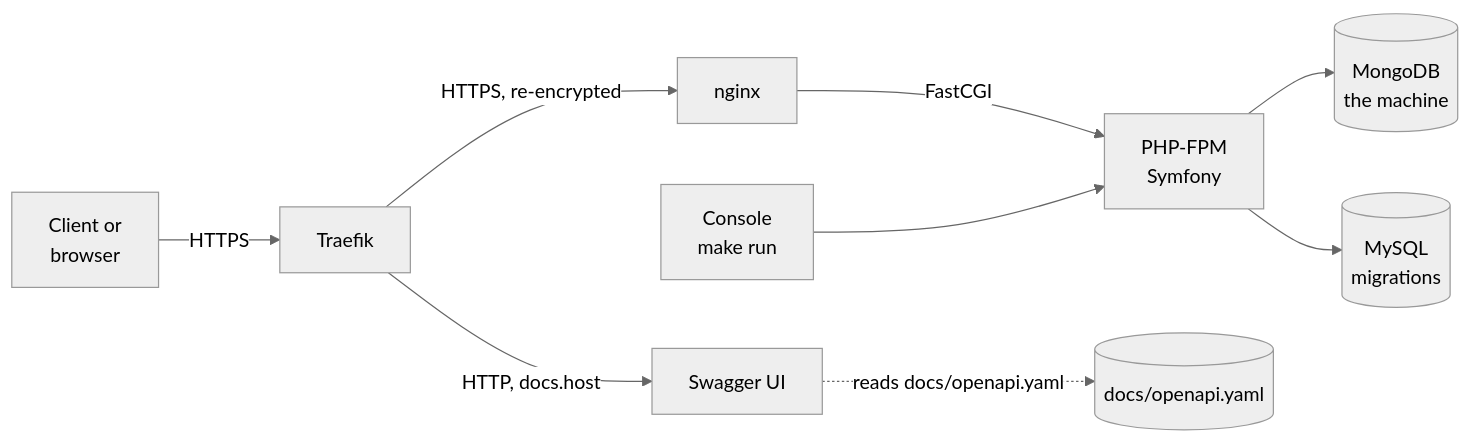
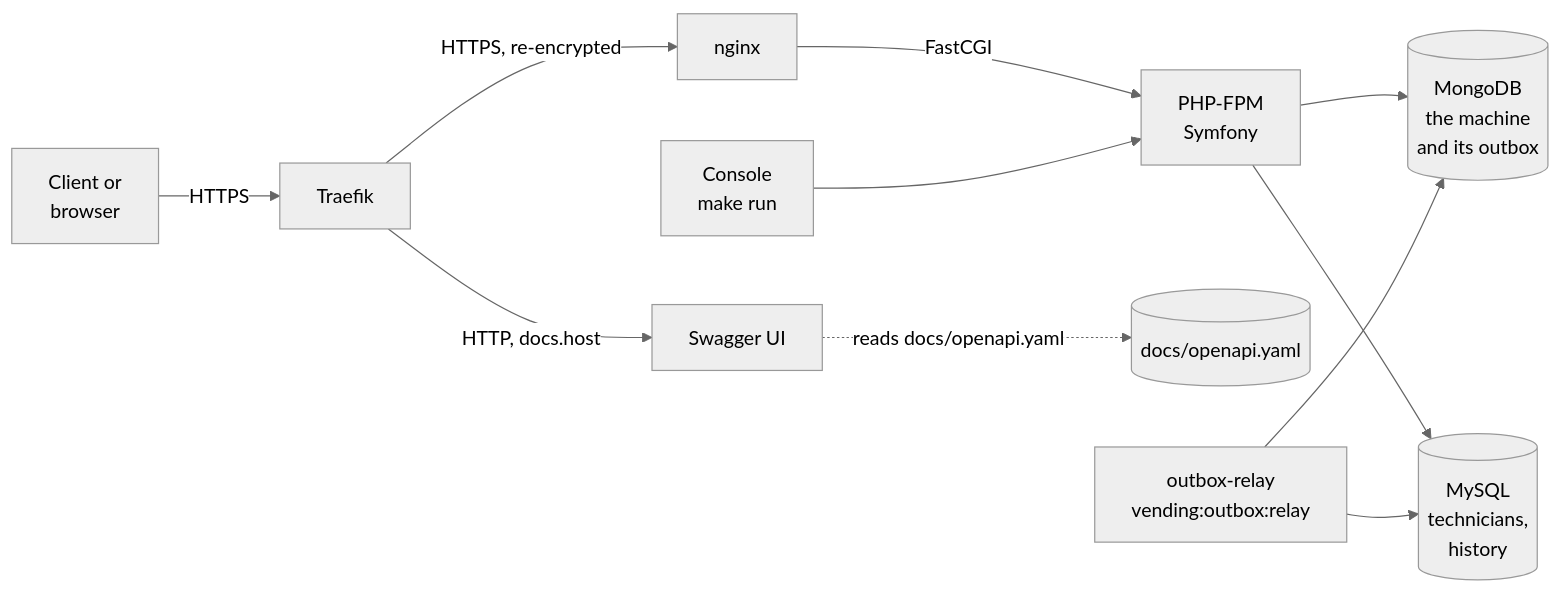
Before and after one commit to prubiella/vending-machine-challenge: the first of 9 diagrams in docs/design.md, drawn with Mermaid (neutral theme). The commit also changed other lines of this file and 9 other files, not shown here.

````diff
--- a/docs/design.md
+++ b/docs/design.md
@@ -61,11 +63,13 @@
 ```mermaid
 flowchart LR
     Client["Client or<br/>browser"] -->|HTTPS| Traefik
     Traefik -->|"HTTPS, re-encrypted"| Nginx["nginx"]
     Nginx -->|FastCGI| Php["PHP-FPM<br/>Symfony"]
     Traefik -->|"HTTP, docs.host"| Swagger["Swagger UI"]
     Swagger -.->|"reads docs/openapi.yaml"| Spec[("docs/openapi.yaml")]
     Console["Console<br/>make run"] --> Php
-    Php --> Mongo[("MongoDB<br/>the machine")]
-    Php --> MySql[("MySQL<br/>migrations")]
+    Php --> Mongo[("MongoDB<br/>the machine<br/>and its outbox")]
+    Php --> MySql[("MySQL<br/>technicians,<br/>history")]
+    Relay["outbox-relay<br/>vending:outbox:relay"] --> Mongo
+    Relay --> MySql
 ```
````
